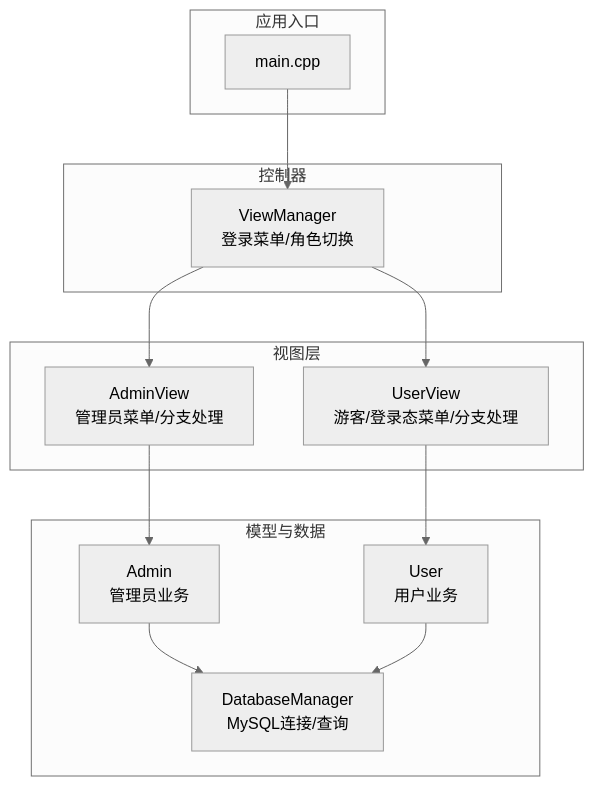
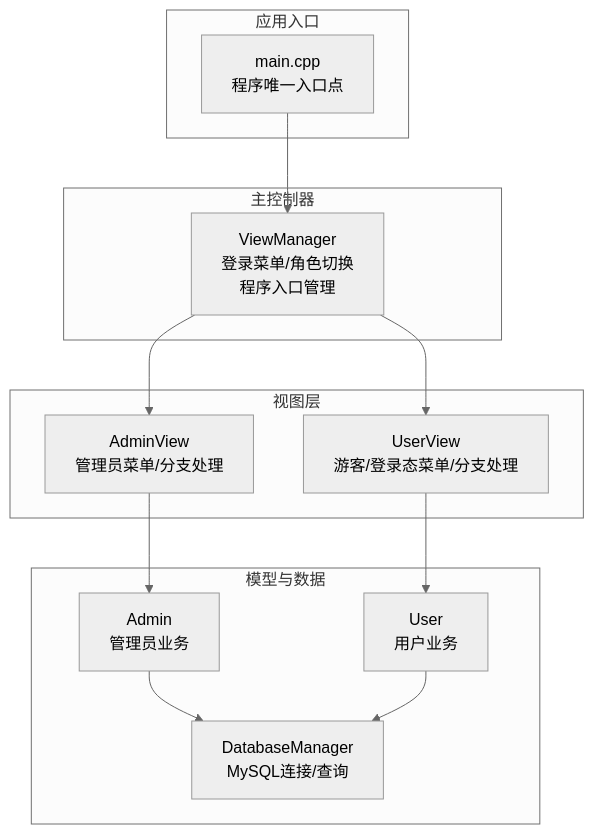
Before and after one commit to jinpeng900/OJ-Test: the first of 7 diagrams in .qoder/repowiki/zh/content/系统架构设计/视图管理层设计.md, drawn with Mermaid (neutral theme). The commit also changed other lines of this file and 44 other files, not shown here.

````diff
--- a/.qoder/repowiki/zh/content/系统架构设计/视图管理层设计.md
+++ b/.qoder/repowiki/zh/content/系统架构设计/视图管理层设计.md
@@ -41,25 +41,25 @@
 ```mermaid
 graph TB
 subgraph "应用入口"
-MAIN["main.cpp"]
+MAIN["main.cpp<br/>程序唯一入口点"]
 end
-subgraph "控制器"
-VM["ViewManager<br/>登录菜单/角色切换"]
+subgraph "主控制器"
+VM["ViewManager<br/>登录菜单/角色切换<br/>程序入口管理"]
 end
 subgraph "视图层"
 AV["AdminView<br/>管理员菜单/分支处理"]
 UV["UserView<br/>游客/登录态菜单/分支处理"]
 end
 subgraph "模型与数据"
 ADM["Admin<br/>管理员业务"]
 USR["User<br/>用户业务"]
 DB["DatabaseManager<br/>MySQL连接/查询"]
 end
 MAIN --> VM
 VM --> AV
 VM --> UV
 AV --> ADM
 UV --> USR
 ADM --> DB
 USR --> DB
 ```
````
